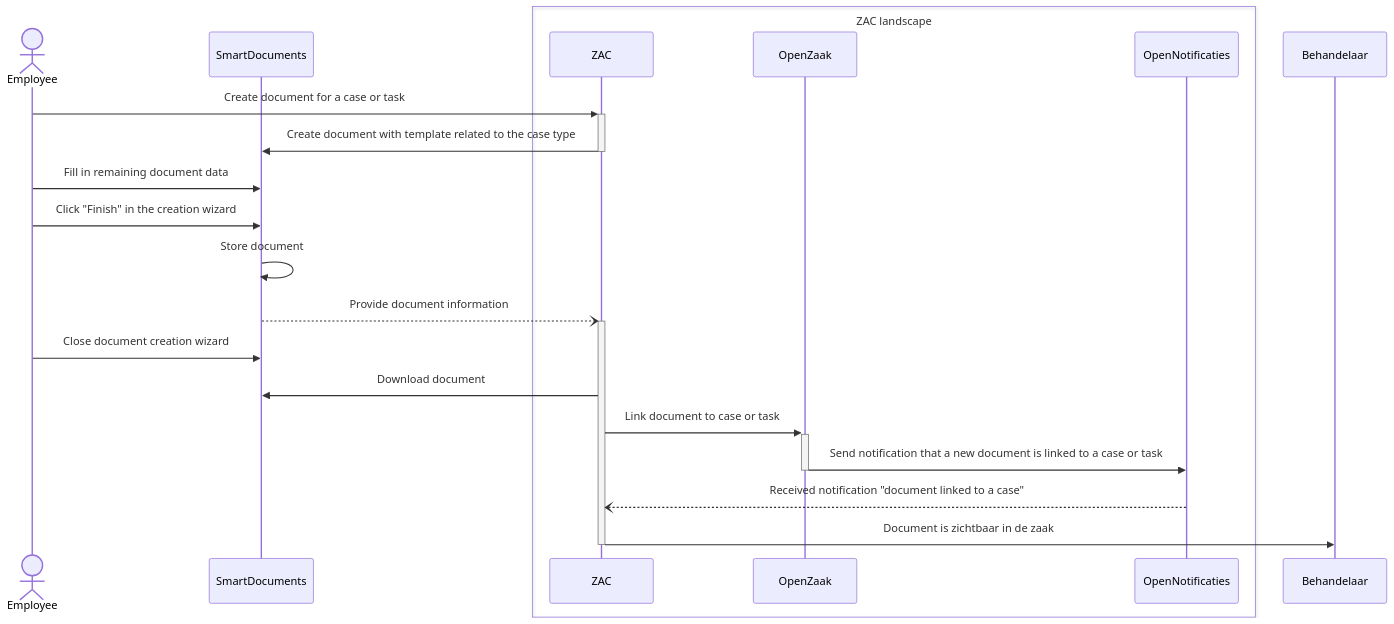
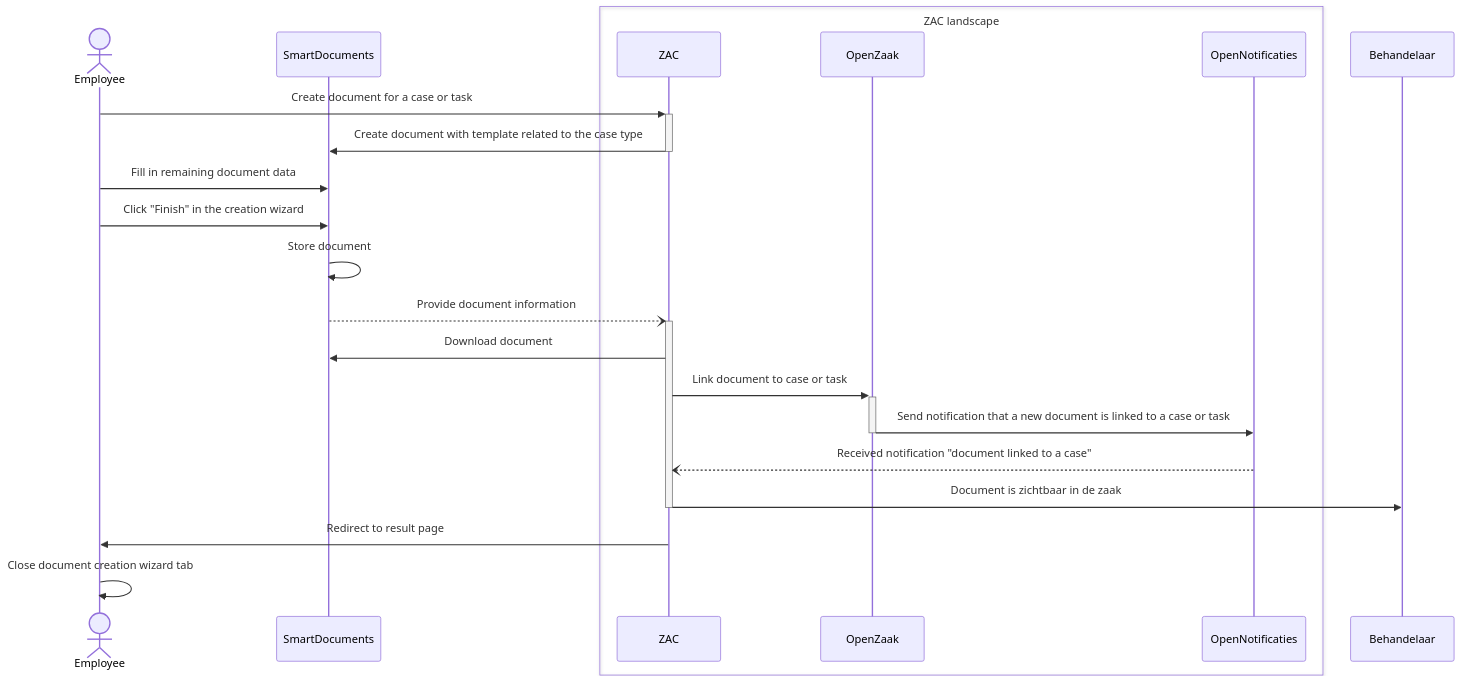
One commit to infonl/dimpact-zaakafhandelcomponent changed the diagram in docs/solution-architecture/smartDocumentsIntegration.md. Above: the diagram before and after it, drawn with Mermaid. The commit also changed 1 other file, not shown here.

Commit message:
feature: add assets to the unprotected resources

````diff
--- a/docs/solution-architecture/smartDocumentsIntegration.md
+++ b/docs/solution-architecture/smartDocumentsIntegration.md
@@ -30,26 +30,28 @@
 ```mermaid
 sequenceDiagram
     actor Employee
     participant SmartDocuments
     box ZAC landscape
         participant ZAC
         participant OpenZaak
         participant OpenNotificaties
     end
     
 Employee->>+ZAC: Create document for a case or task
 ZAC->>SmartDocuments: Create document with template related to the case type
 deactivate ZAC 
 
 Employee->>SmartDocuments: Fill in remaining document data
 Employee->>SmartDocuments: Click "Finish" in the creation wizard
 SmartDocuments->>SmartDocuments: Store document
 SmartDocuments--)+ZAC: Provide document information
-Employee->>SmartDocuments: Close document creation wizard
 
 ZAC->>SmartDocuments: Download document
 ZAC->>+OpenZaak: Link document to case or task
 OpenZaak->>-OpenNotificaties: Send notification that a new document is linked to a case or task
 OpenNotificaties--)ZAC: Received notification "document linked to a case"
 ZAC->>-Behandelaar: Document is zichtbaar in de zaak
+
+ZAC->>Employee: Redirect to result page 
+Employee->>Employee: Close document creation wizard tab
 ```
````
